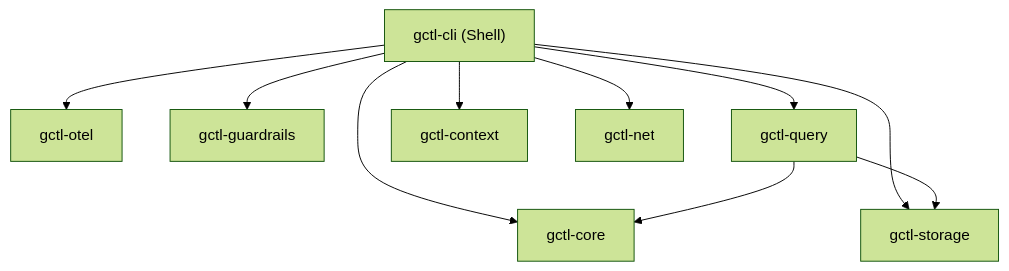
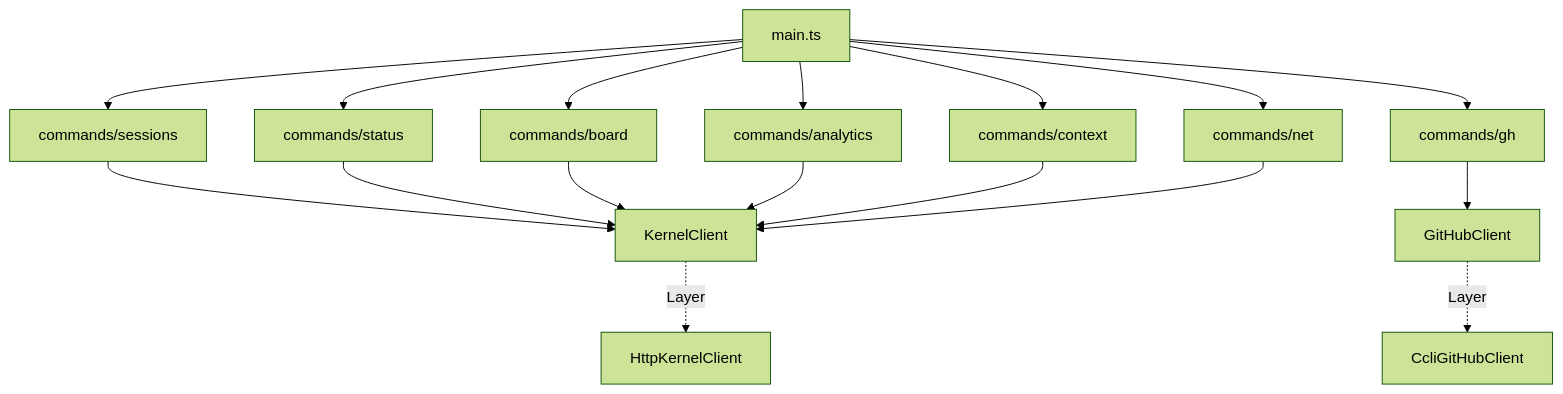
Before and after one commit to OpenHackersClub/gctrl: the second of 2 diagrams in specs/implementation/shell/components.md, drawn with Mermaid (forest theme). The commit also changed other lines of this file and 163 other files, not shown here.

````diff
--- a/specs/implementation/shell/components.md
+++ b/specs/implementation/shell/components.md
@@ -18,12 +70,21 @@
 ```mermaid
 graph TD
-    CLI["gctl-cli (Shell)"] --> Core["gctl-core"]
-    CLI --> OTel["gctl-otel"]
-    CLI --> Storage["gctl-storage"]
-    CLI --> Guardrails["gctl-guardrails"]
-    CLI --> Query["gctl-query"]
-    CLI --> Context["gctl-context"]
-    CLI --> Net["gctl-net"]
-    Query --> Core
-    Query --> Storage
+    Main["main.ts"] --> Sessions["commands/sessions"]
+    Main --> Status["commands/status"]
+    Main --> Board["commands/board"]
+    Main --> Analytics["commands/analytics"]
+    Main --> Context["commands/context"]
+    Main --> Net["commands/net"]
+    Main --> GH["commands/gh"]
+
+    Sessions --> KC["KernelClient"]
+    Status --> KC
+    Board --> KC
+    Analytics --> KC
+    Context --> KC
+    Net --> KC
+    GH --> GHC["GitHubClient"]
+
+    KC -.->|"Layer"| HttpKC["HttpKernelClient"]
+    GHC -.->|"Layer"| CcliGHC["CcliGitHubClient"]
 ```
````
